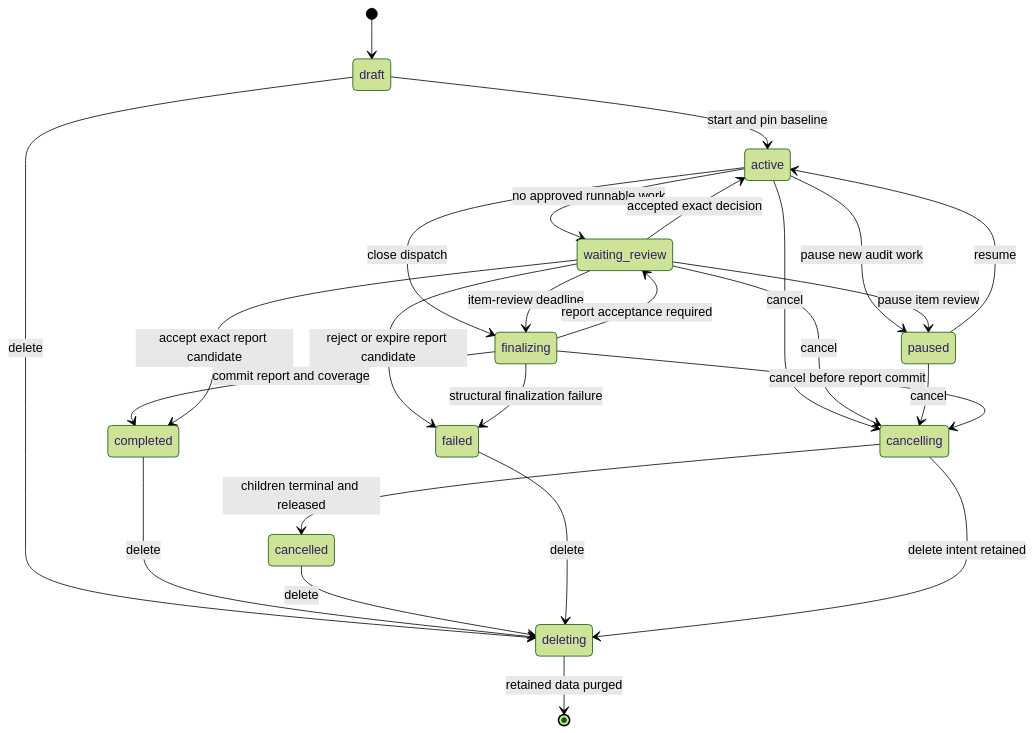
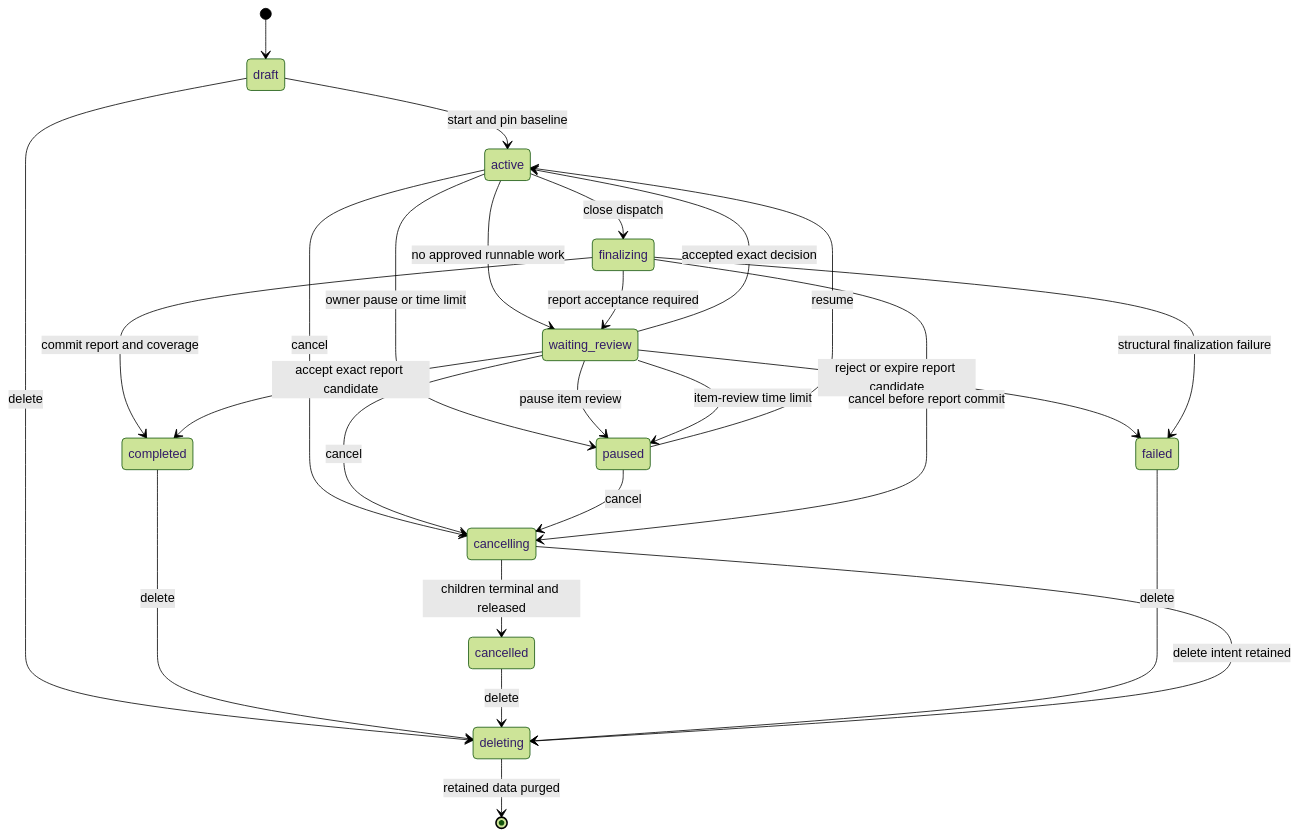
Before and after one commit to grauwolf32/contractor: the third of 3 diagrams in docs/spec/19-audits.md, drawn with Mermaid (forest theme). The commit also changed other lines of this file and 42 other files, not shown here.

````diff
--- a/docs/spec/19-audits.md
+++ b/docs/spec/19-audits.md
@@ -822,28 +822,28 @@
 ```mermaid
 stateDiagram-v2
   [*] --> draft
   draft --> active: start and pin baseline
   active --> waiting_review: no approved runnable work
   waiting_review --> active: accepted exact decision
-  active --> paused: pause new audit work
+  active --> paused: owner pause or time limit
   waiting_review --> paused: pause item review
   paused --> active: resume
   active --> finalizing: close dispatch
-  waiting_review --> finalizing: item-review deadline
+  waiting_review --> paused: item-review time limit
   finalizing --> waiting_review: report acceptance required
   finalizing --> completed: commit report and coverage
   waiting_review --> completed: accept exact report candidate
   waiting_review --> failed: reject or expire report candidate
   active --> cancelling: cancel
   waiting_review --> cancelling: cancel
   paused --> cancelling: cancel
   finalizing --> cancelling: cancel before report commit
   cancelling --> cancelled: children terminal and released
   finalizing --> failed: structural finalization failure
   draft --> deleting: delete
   completed --> deleting: delete
   cancelled --> deleting: delete
   failed --> deleting: delete
   cancelling --> deleting: delete intent retained
   deleting --> [*]: retained data purged
 ```
````
